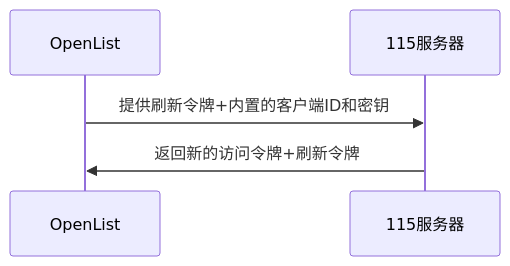
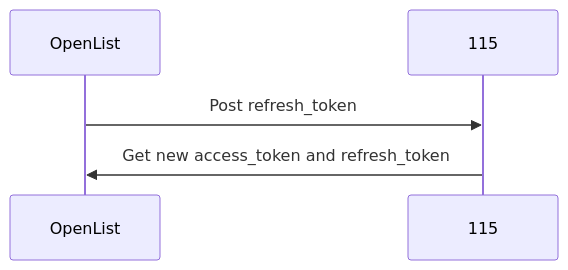
One commit to xrgzs/OpenList-Docs changed the first of 4 diagrams in pages/guide/drivers/115_open.md. Above: the diagram before and after it, drawn with Mermaid. The commit also changed other lines of this file and 4 other files, not shown here.

````diff
--- a/pages/guide/drivers/115_open.md
+++ b/pages/guide/drivers/115_open.md
@@ -298,7 +258,7 @@
 ```mermaid
 sequenceDiagram
   participant  OpenList
-  participant  115服务器
-  OpenList->>115服务器: 提供刷新令牌+内置的客户端ID和密钥
-  115服务器->>OpenList: 返回新的访问令牌+刷新令牌
+  participant  115
+  OpenList->>115: Post refresh_token
+  115->>OpenList: Get new access_token and refresh_token
 ```
````
